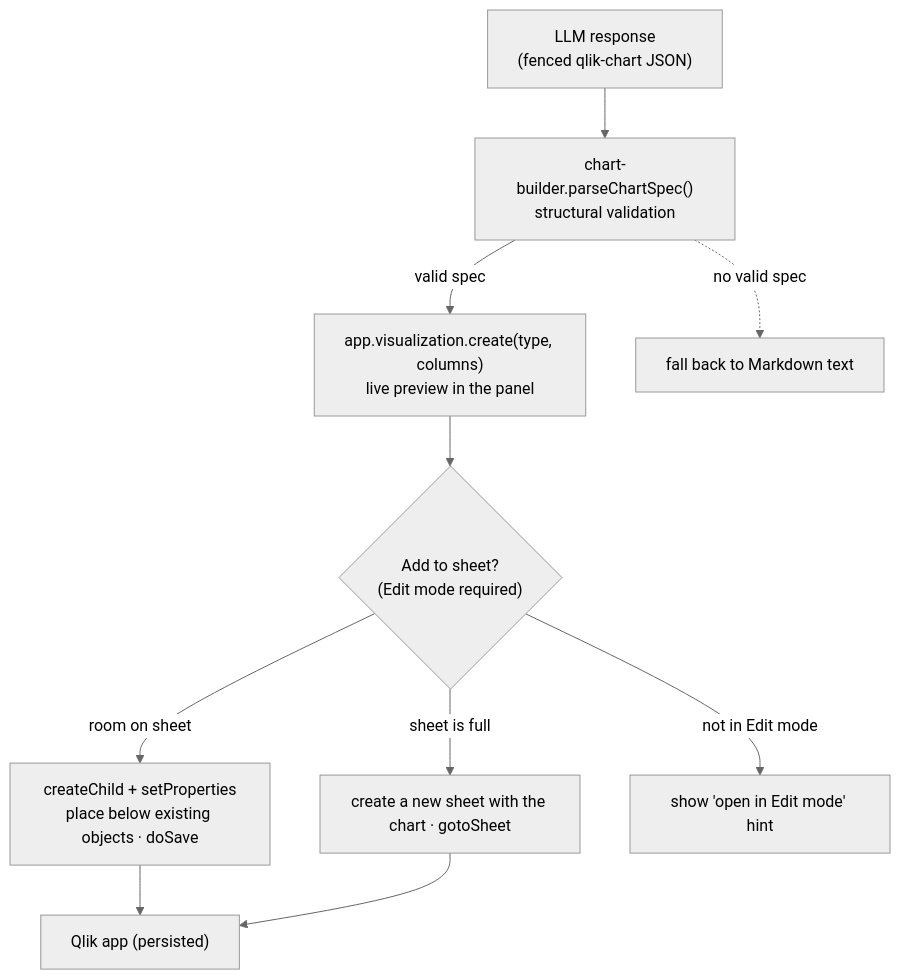
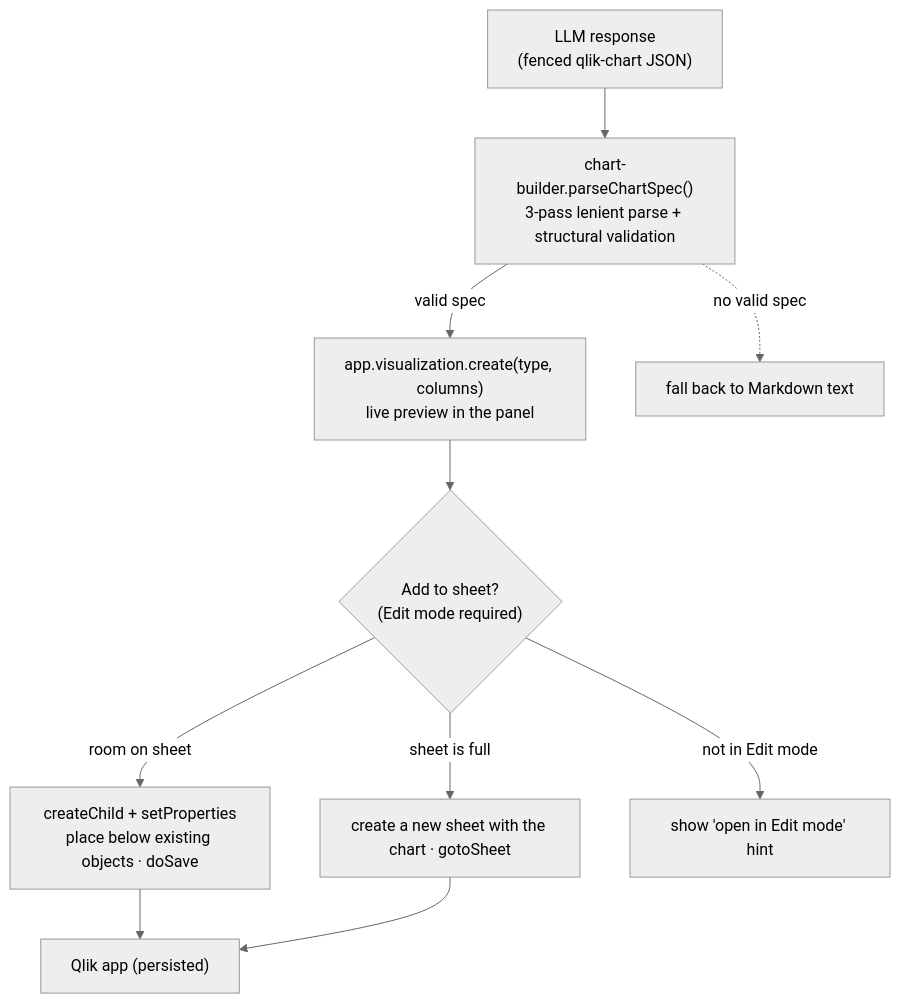
The fifth of 5 diagrams in diagrams.md (mabaeyens/AnthropicExtension), drawn with Mermaid (neutral theme) before and after one commit. The commit also changed other lines of this file and 5 other files, not shown here.

First line of the commit message:
docs: bring README/INSTALL/diagrams to v0.5.0 proxy-only; setup.ps1 runtime-only deps

````diff
--- a/diagrams.md
+++ b/diagrams.md
@@ -168,12 +160,12 @@
 ```mermaid
 flowchart TD
-  R["LLM response<br/>(fenced qlik-chart JSON)"] --> P["chart-builder.parseChartSpec()<br/>structural validation"]
+  R["LLM response<br/>(fenced qlik-chart JSON)"] --> P["chart-builder.parseChartSpec()<br/>3-pass lenient parse + structural validation"]
   P -->|"valid spec"| V["app.visualization.create(type, columns)<br/>live preview in the panel"]
   P -.->|"no valid spec"| T["fall back to Markdown text"]
   V --> ADD{"Add to sheet?<br/>(Edit mode required)"}
   ADD -->|"room on sheet"| PLACE["createChild + setProperties<br/>place below existing objects · doSave"]
   ADD -->|"sheet is full"| NEW["create a new sheet with the chart · gotoSheet"]
   ADD -->|"not in Edit mode"| HINT["show 'open in Edit mode' hint"]
   PLACE --> QS["Qlik app (persisted)"]
   NEW --> QS
 ```
````
